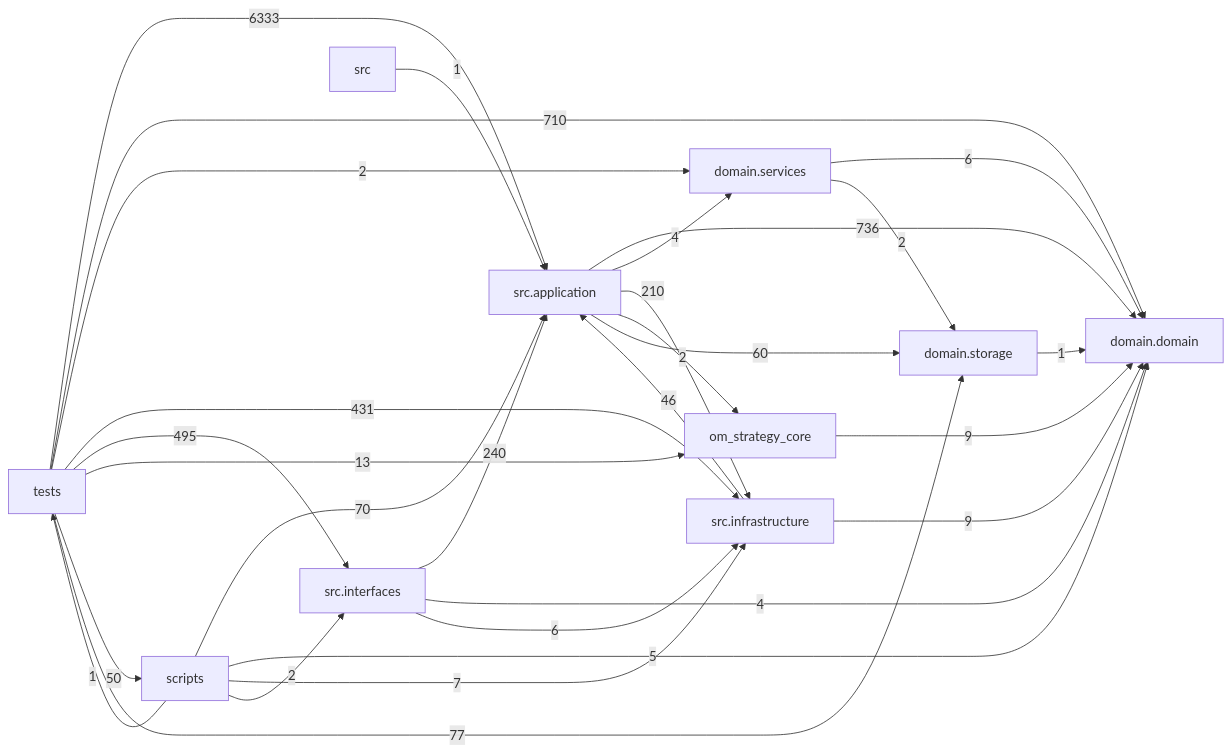
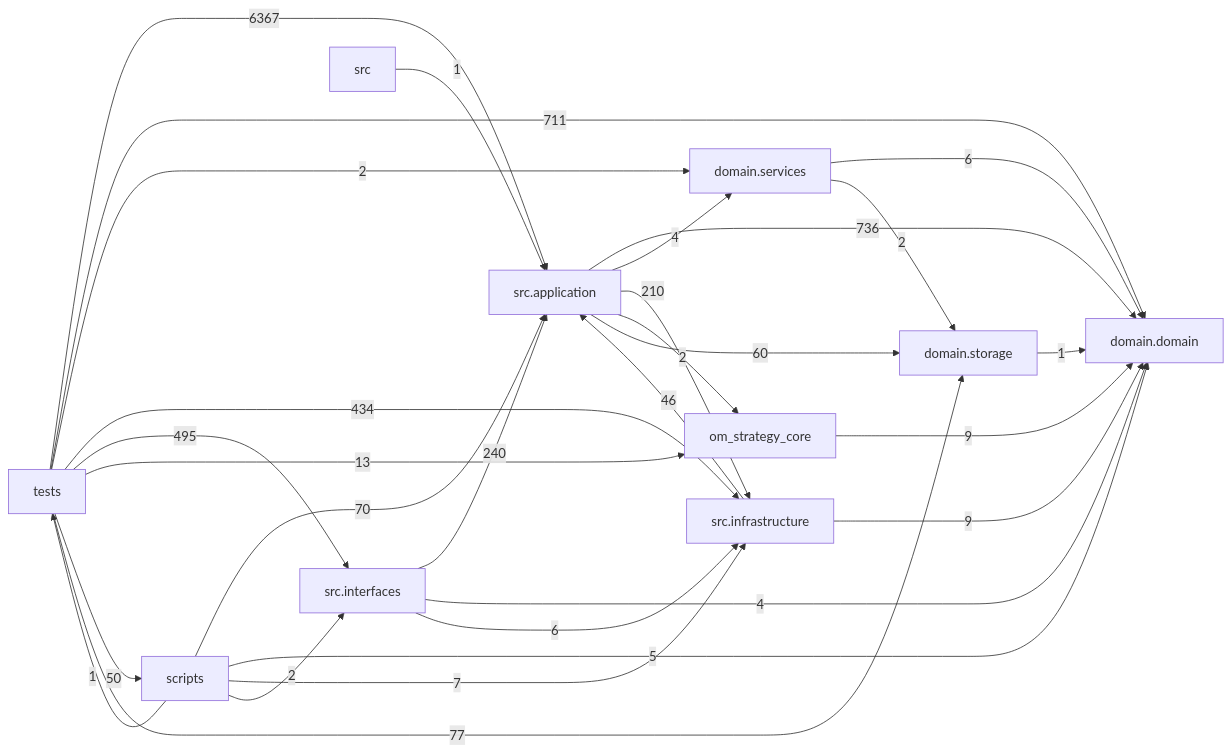
The diagram in docs/DEPENDENCY_GRAPH.md (liuxie066/options-monitor), drawn with Mermaid before and after one commit. The commit also changed other lines of this file and 25 other files, not shown here.

````diff
--- a/docs/DEPENDENCY_GRAPH.md
+++ b/docs/DEPENDENCY_GRAPH.md
@@ -24,39 +24,39 @@
 ```mermaid
 flowchart LR
   tests["tests"]
   scripts["scripts"]
   interfaces["src.interfaces"]
   application["src.application"]
   infrastructure["src.infrastructure"]
   domain_services["domain.services"]
   domain["domain.domain"]
   storage["domain.storage"]
   application -->|736| domain
   application -->|4| domain_services
   application -->|210| infrastructure
   application -->|2| om_strategy_core
   application -->|60| storage
   domain_services -->|6| domain
   domain_services -->|2| storage
   infrastructure -->|46| application
   infrastructure -->|9| domain
   interfaces -->|240| application
   interfaces -->|4| domain
   interfaces -->|6| infrastructure
   om_strategy_core -->|9| domain
   scripts -->|70| application
   scripts -->|5| domain
   scripts -->|7| infrastructure
   scripts -->|2| interfaces
   scripts -->|1| tests
   src -->|1| application
   storage -->|1| domain
-  tests -->|6333| application
-  tests -->|710| domain
+  tests -->|6367| application
+  tests -->|711| domain
   tests -->|2| domain_services
-  tests -->|431| infrastructure
+  tests -->|434| infrastructure
   tests -->|495| interfaces
   tests -->|13| om_strategy_core
   tests -->|50| scripts
   tests -->|77| storage
 ```
````
